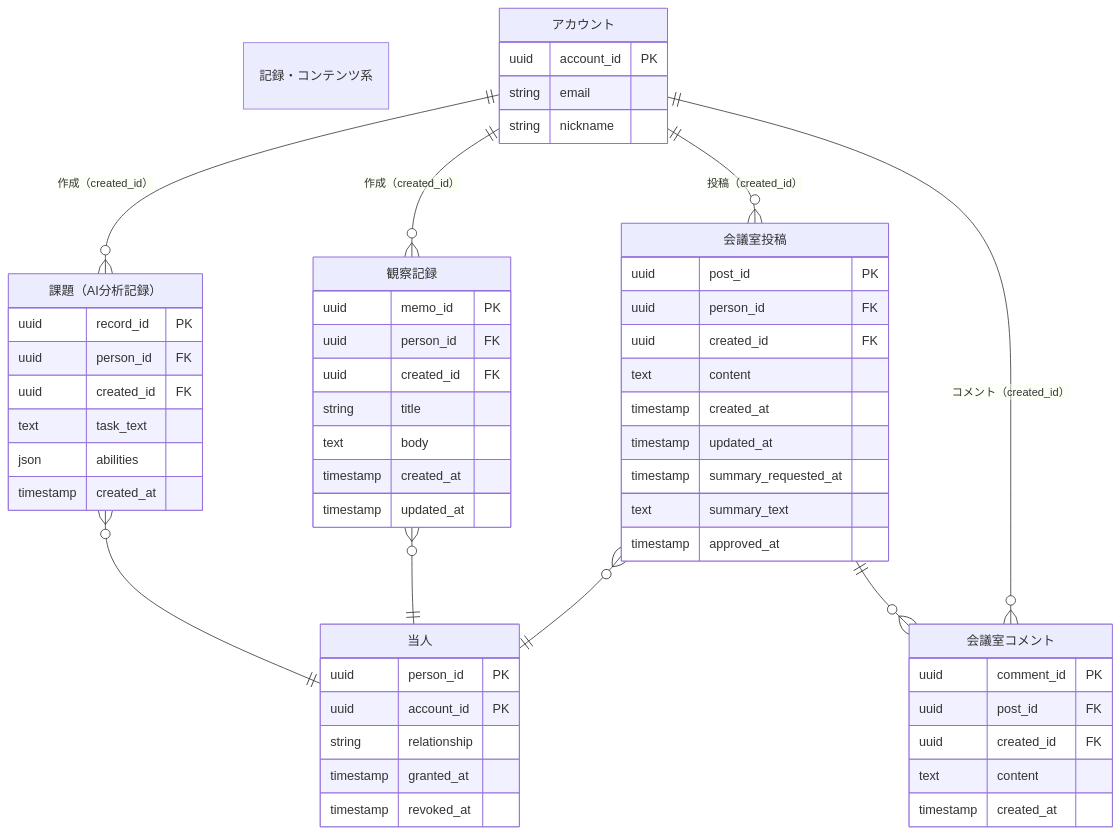
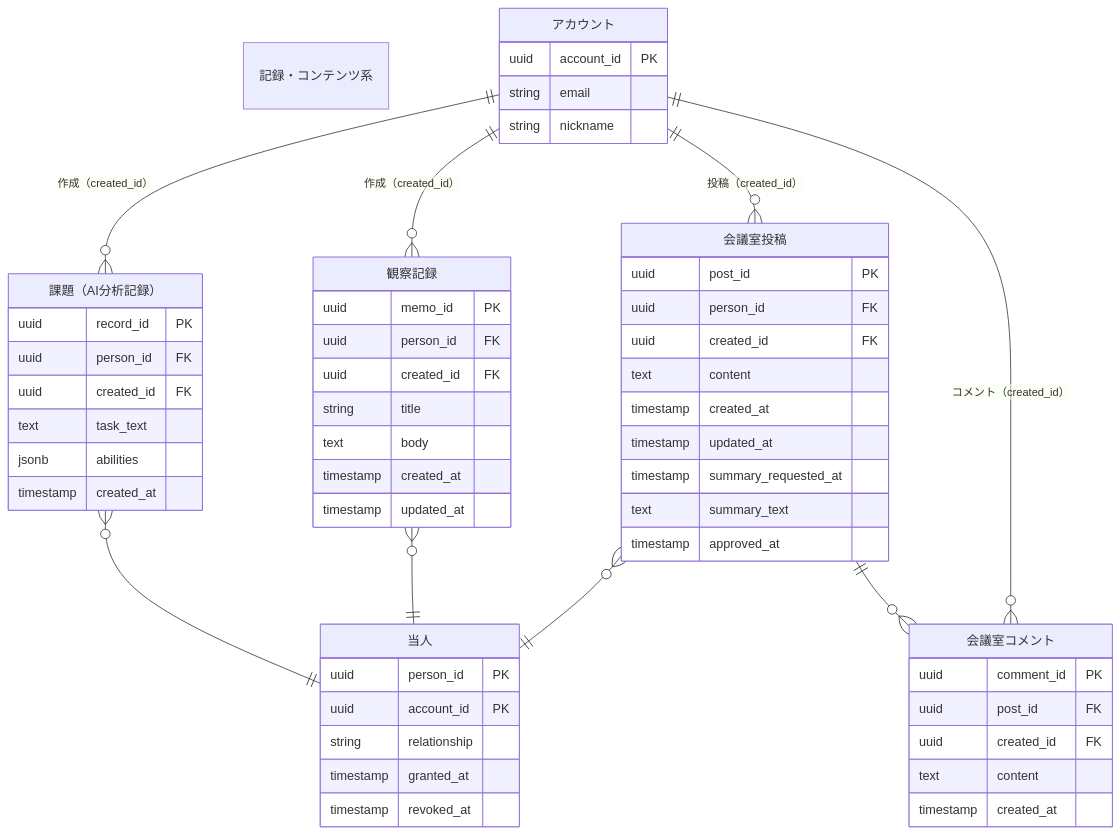
Before and after one commit to minamy-i/soreata: the second of 2 diagrams in docs/data_structure.md, drawn with Mermaid. The commit also changed other lines of this file and 4 other files, not shown here.

````diff
--- a/docs/data_structure.md
+++ b/docs/data_structure.md
@@ -48,60 +48,60 @@
 ```mermaid
 erDiagram
     記録・コンテンツ系
     ACCOUNTS["アカウント"] {
         uuid account_id PK
         string email
         string nickname
     }
     PERSONS["当人"] {
         uuid person_id PK
         uuid account_id PK
         string relationship
         timestamp granted_at
         timestamp revoked_at
     }
     RECORDS["課題（AI分析記録）"] {
         uuid record_id PK
         uuid person_id FK
         uuid created_id FK
         text task_text
-        json abilities
+        jsonb abilities
         timestamp created_at
     }
     MEMOS["観察記録"] {
         uuid memo_id PK
         uuid person_id FK
         uuid created_id FK
         string title
         text body
         timestamp created_at
         timestamp updated_at
     }
     POSTS["会議室投稿"] {
         uuid post_id PK
         uuid person_id FK
         uuid created_id FK
         text content
         timestamp created_at
         timestamp updated_at
         timestamp summary_requested_at
         text summary_text
         timestamp approved_at
     }
     COMMENTS["会議室コメント"] {
         uuid comment_id PK
         uuid post_id FK
         uuid created_id FK
         text content
         timestamp created_at
     }
 
     RECORDS }o--|| PERSONS : ""
     MEMOS }o--|| PERSONS : ""
     POSTS }o--|| PERSONS : ""
     POSTS ||--o{ COMMENTS : ""
     ACCOUNTS ||--o{ RECORDS : "作成（created_id）"
     ACCOUNTS ||--o{ MEMOS : "作成（created_id）"
     ACCOUNTS ||--o{ POSTS : "投稿（created_id）"
     ACCOUNTS ||--o{ COMMENTS : "コメント（created_id）"
 ```
````
